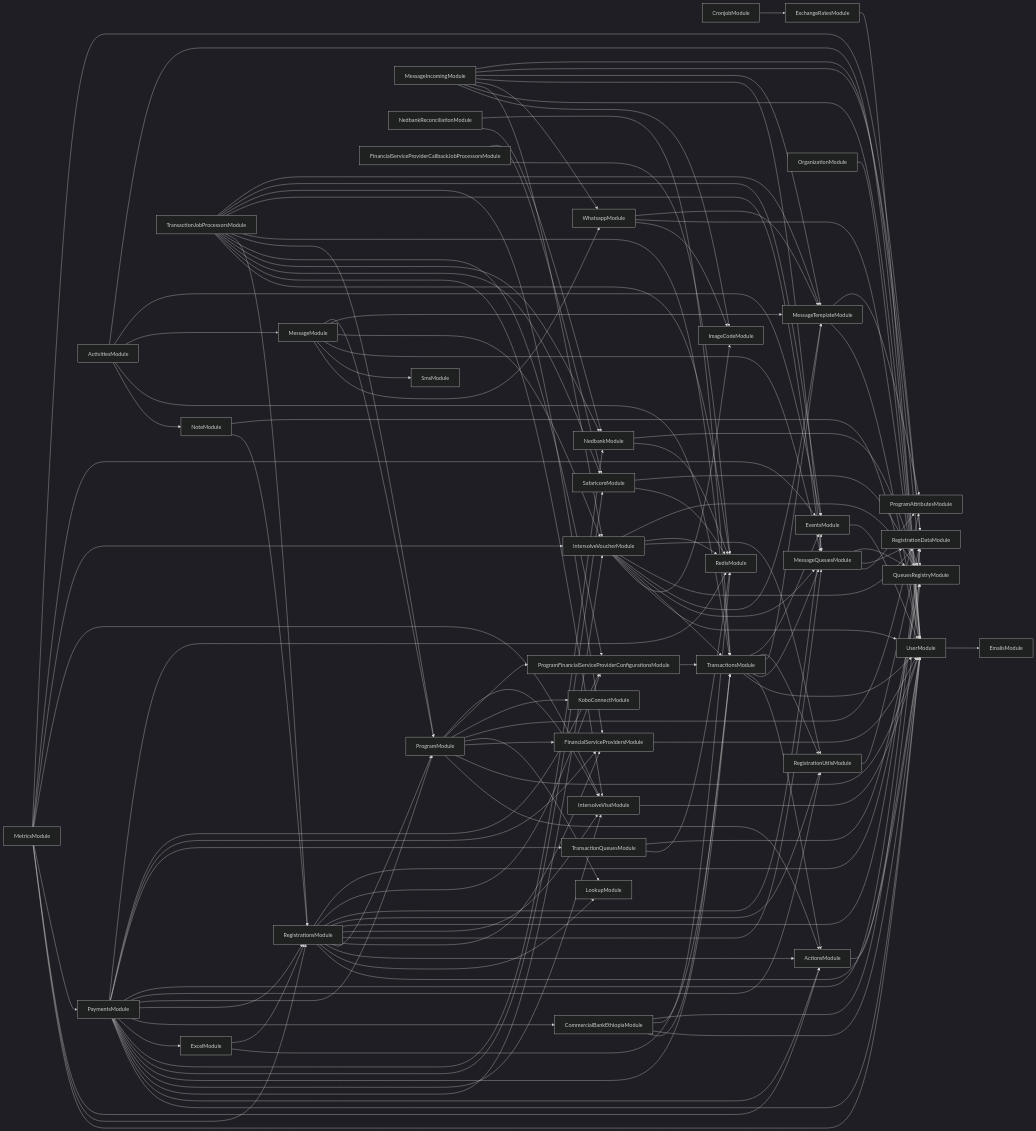
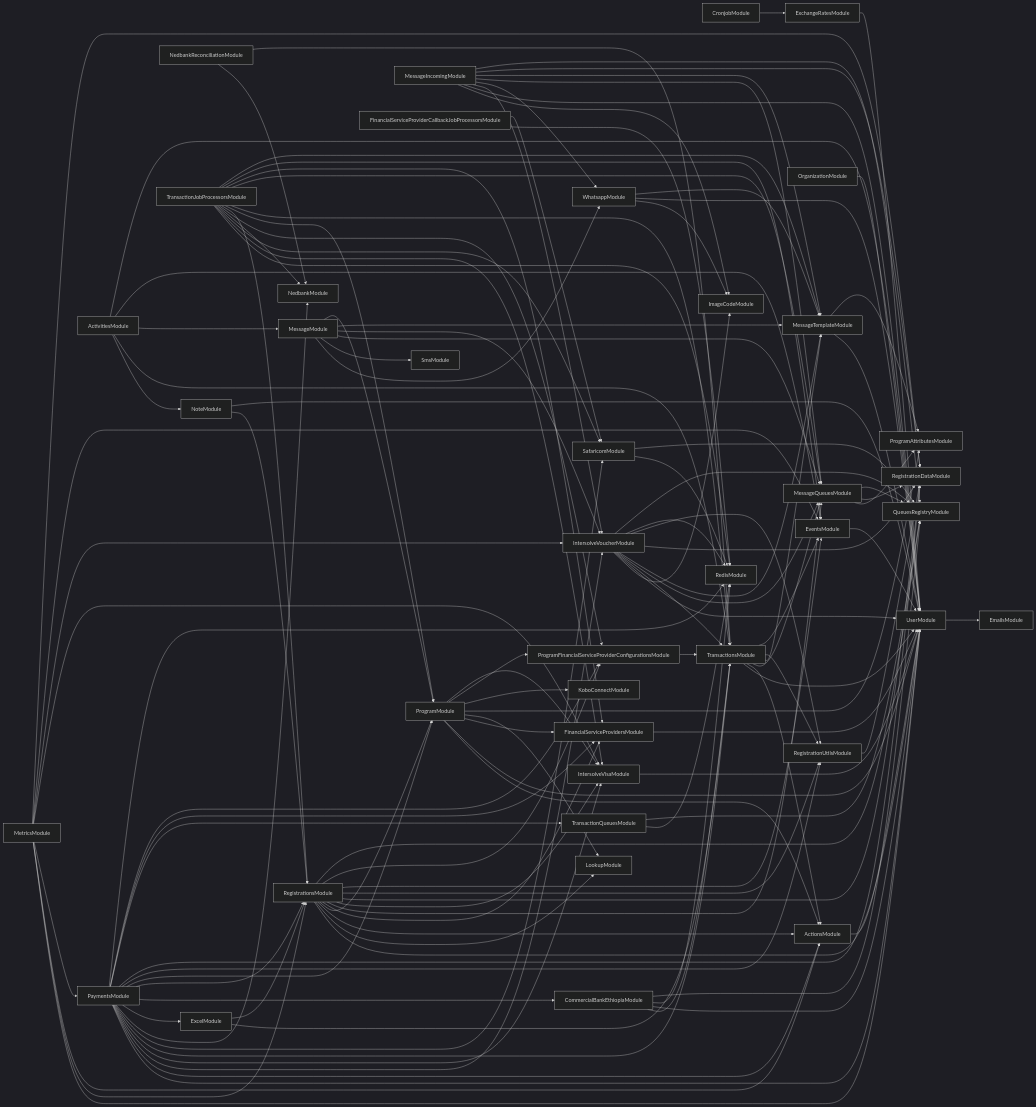
The diagram in services/121-service/module-dependencies.md (global-121/121-platform), drawn with Mermaid (dark theme) before and after one commit. The commit also changed 32 other files, not shown here.

```diff
--- a/services/121-service/module-dependencies.md
+++ b/services/121-service/module-dependencies.md
@@ -74,8 +74,6 @@
   SafaricomModule-->RedisModule
   SafaricomModule-->QueuesRegistryModule
   PaymentsModule-->NedbankModule
-  NedbankModule-->RedisModule
-  NedbankModule-->QueuesRegistryModule
   PaymentsModule-->ExcelModule
   ExcelModule-->TransactionsModule
   ExcelModule-->RegistrationsModule
```
